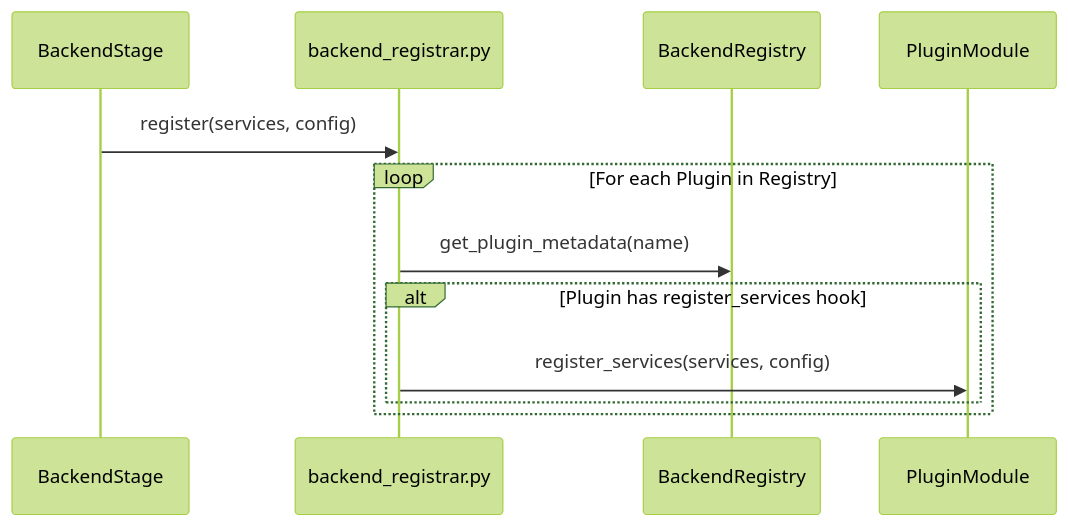
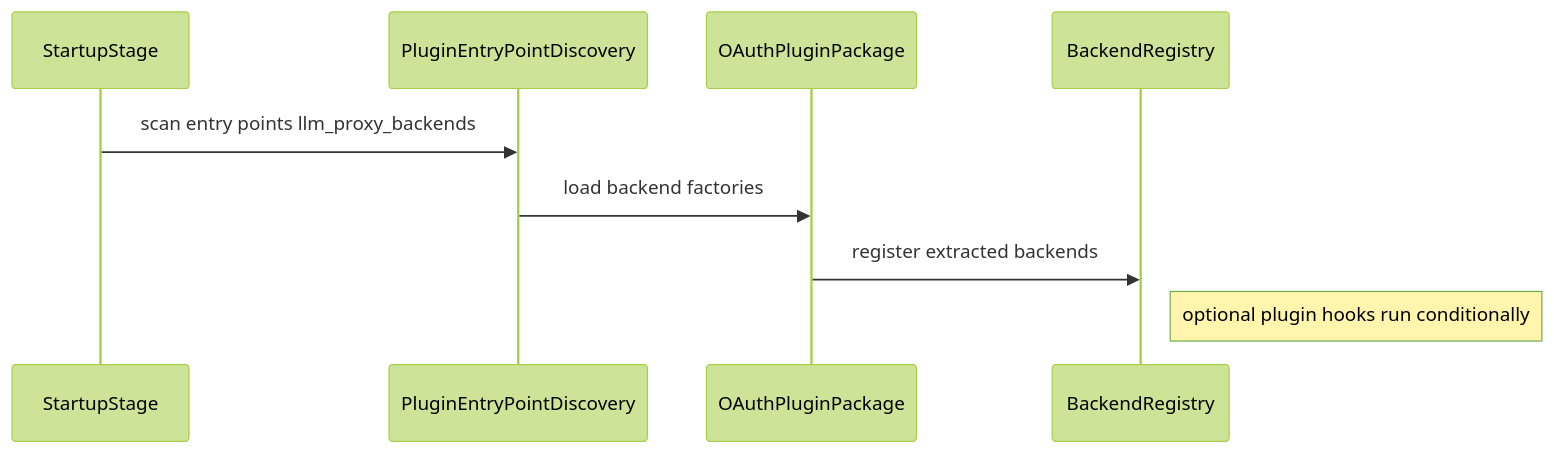
Before and after one commit to matdev83/llm-interactive-proxy: the third of 5 diagrams in .kiro/specs/oauth-connectors-extraction/design.md, drawn with Mermaid (forest theme). The commit also changed other lines of this file and 34 other files, not shown here.

````diff
--- a/.kiro/specs/oauth-connectors-extraction/design.md
+++ b/.kiro/specs/oauth-connectors-extraction/design.md
@@ -54,15 +161,12 @@
 ```mermaid
 sequenceDiagram
-    participant Stage as BackendStage
-    participant Registrar as backend_registrar.py
-    participant Registry as BackendRegistry
-    participant Plugin as PluginModule
+  participant Startup as StartupStage
+  participant PluginDisc as PluginEntryPointDiscovery
+  participant Plugin as OAuthPluginPackage
+  participant Registry as BackendRegistry
 
-    Stage->>Registrar: register(services, config)
-    loop For each Plugin in Registry
-        Registrar->>Registry: get_plugin_metadata(name)
-        alt Plugin has register_services hook
-            Registrar->>Plugin: register_services(services, config)
-        end
-    end
+  Startup->>PluginDisc: scan entry points llm_proxy_backends
+  PluginDisc->>Plugin: load backend factories
+  Plugin->>Registry: register extracted backends
+  Note right of Registry: optional plugin hooks run conditionally
 ```
````
